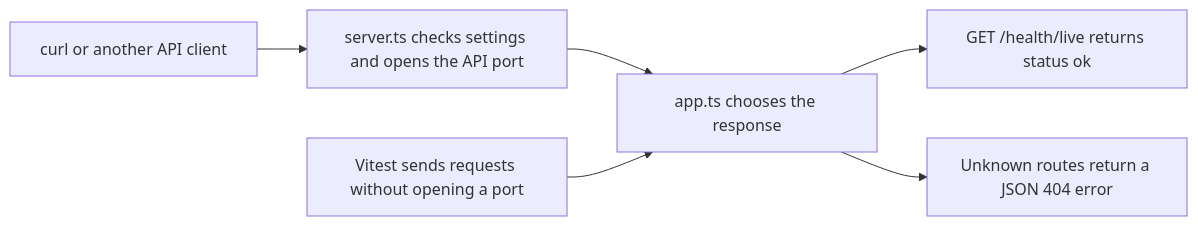
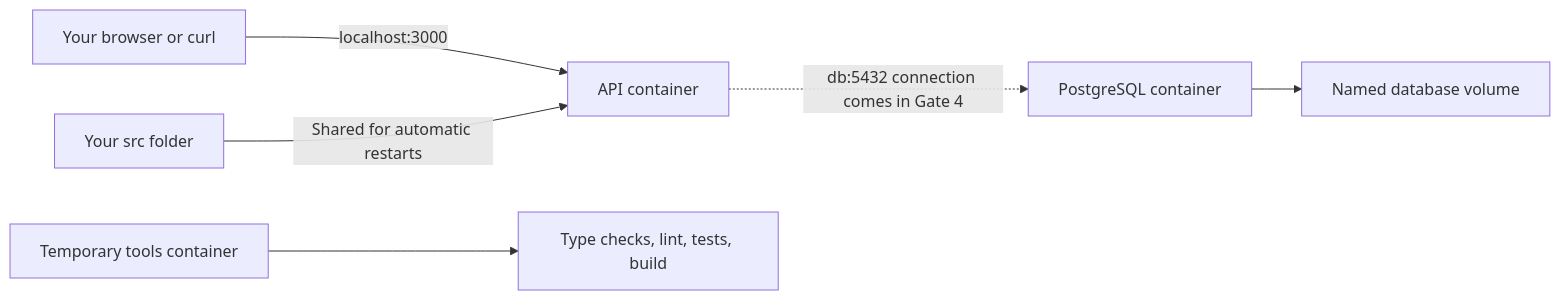
Before and after one commit to jaminwebdev/hono-drizzle-api: the diagram in README.md, drawn with Mermaid. The commit also changed other lines of this file and 11 other files, not shown here.

````diff
--- a/README.md
+++ b/README.md
@@ -93,8 +43,8 @@
 ```mermaid
 flowchart LR
-    Client["curl or another API client"] --> Server["server.ts checks settings and opens the API port"]
-    Server --> App["app.ts chooses the response"]
-    Tests["Vitest sends requests without opening a port"] --> App
-    App --> Health["GET /health/live returns status ok"]
-    App --> Missing["Unknown routes return a JSON 404 error"]
+    Client["Your browser or curl"] -->|"localhost:3000"| API["API container"]
+    Source["Your src folder"] -->|"Shared for automatic restarts"| API
+    API -.->|"db:5432 connection comes in Gate 4"| DB["PostgreSQL container"]
+    DB --> Data["Named database volume"]
+    Tools["Temporary tools container"] --> Checks["Type checks, lint, tests, build"]
 ```
````
